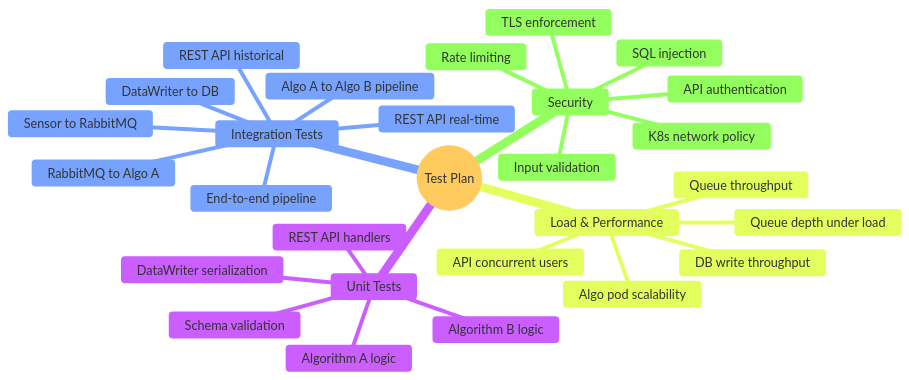
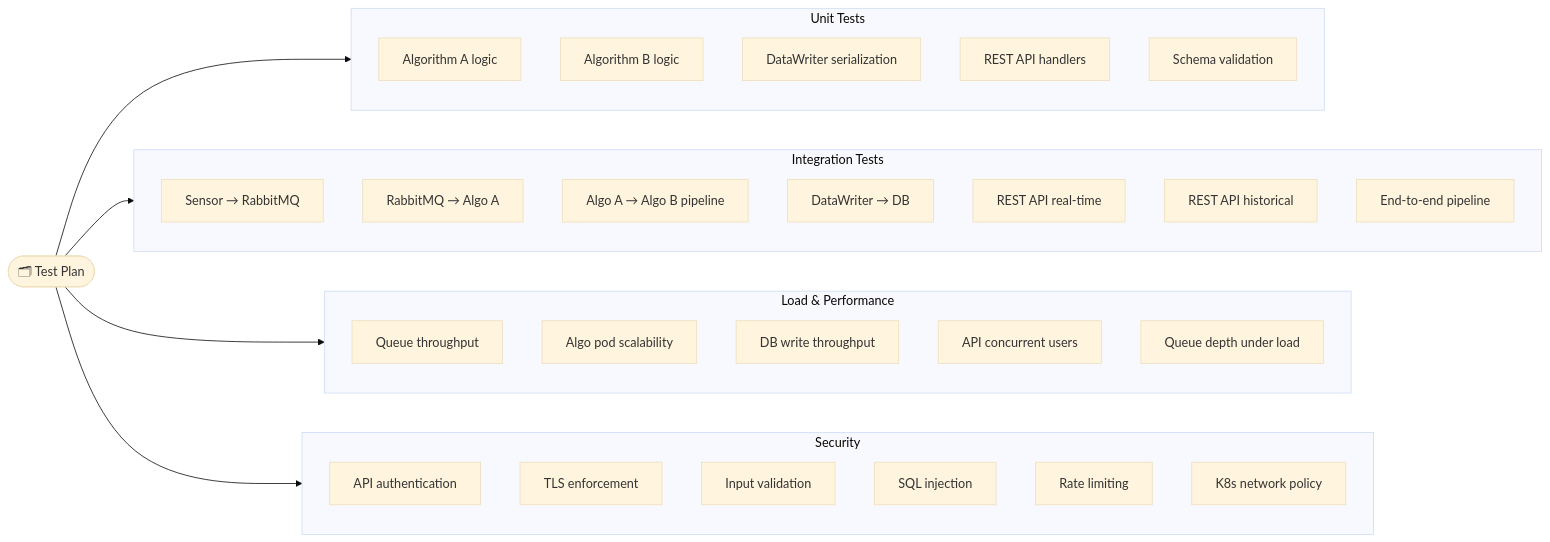
The second of 4 diagrams in design.md (dordikman/Automation-QA-Home-Assignment-), drawn with Mermaid (base theme) before and after one commit.

Commit message:
Updated the design file with new changes

````diff
--- a/design.md
+++ b/design.md
@@ -170,31 +170,44 @@
 ```mermaid
-mindmap
-  root((Test Plan))
-    Unit Tests
-      Algorithm A logic
-      Algorithm B logic
-      DataWriter serialization
-      REST API handlers
-      Schema validation
-    Integration Tests
-      Sensor to RabbitMQ
-      RabbitMQ to Algo A
-      Algo A to Algo B pipeline
-      DataWriter to DB
-      REST API real-time
-      REST API historical
-      End-to-end pipeline
-    Load & Performance
-      Queue throughput
-      Algo pod scalability
-      DB write throughput
-      API concurrent users
-      Queue depth under load
-    Security
-      API authentication
-      TLS enforcement
-      Input validation
-      SQL injection
-      Rate limiting
-      K8s network policy
+flowchart LR
+    TP(["🗂 Test Plan"])
+
+    subgraph UT ["Unit Tests"]
+        UA["Algorithm A logic"]
+        UB["Algorithm B logic"]
+        UD["DataWriter serialization"]
+        UR["REST API handlers"]
+        US["Schema validation"]
+    end
+
+    subgraph IT ["Integration Tests"]
+        IS["Sensor → RabbitMQ"]
+        IA["RabbitMQ → Algo A"]
+        IAB["Algo A → Algo B pipeline"]
+        ID["DataWriter → DB"]
+        IR["REST API real-time"]
+        IH["REST API historical"]
+        IE["End-to-end pipeline"]
+    end
+
+    subgraph LP ["Load & Performance"]
+        LQ["Queue throughput"]
+        LS["Algo pod scalability"]
+        LD["DB write throughput"]
+        LA["API concurrent users"]
+        LQD["Queue depth under load"]
+    end
+
+    subgraph ST ["Security"]
+        SA["API authentication"]
+        TL["TLS enforcement"]
+        IV["Input validation"]
+        SI["SQL injection"]
+        RL["Rate limiting"]
+        KN["K8s network policy"]
+    end
+
+    TP --> UT
+    TP --> IT
+    TP --> LP
+    TP --> ST
 ```
````
